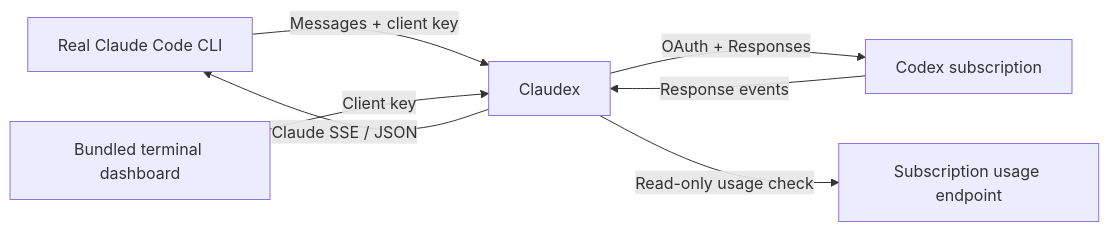
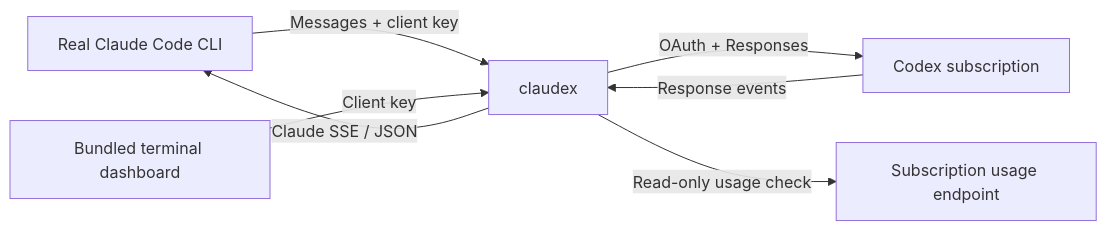
One commit to marenzo/claudex changed the diagram in docs/architecture.md. Above: the diagram before and after it, drawn with Mermaid. The commit also changed other lines of this file and 32 other files, not shown here.

````diff
--- a/docs/architecture.md
+++ b/docs/architecture.md
@@ -7,9 +7,9 @@
 ```mermaid
 flowchart LR
-  Claude[Real Claude Code CLI] -->|Messages + client key| Gateway[Claudex]
+  Claude[Real Claude Code CLI] -->|Messages + client key| Gateway[claudex]
   Gateway -->|OAuth + Responses| Codex[Codex subscription]
   Codex -->|Response events| Gateway
   Gateway -->|Claude SSE / JSON| Claude
   Gateway -->|Read-only usage check| Usage[Subscription usage endpoint]
   TUI[Bundled terminal dashboard] -->|Client key| Gateway
 ```
````
